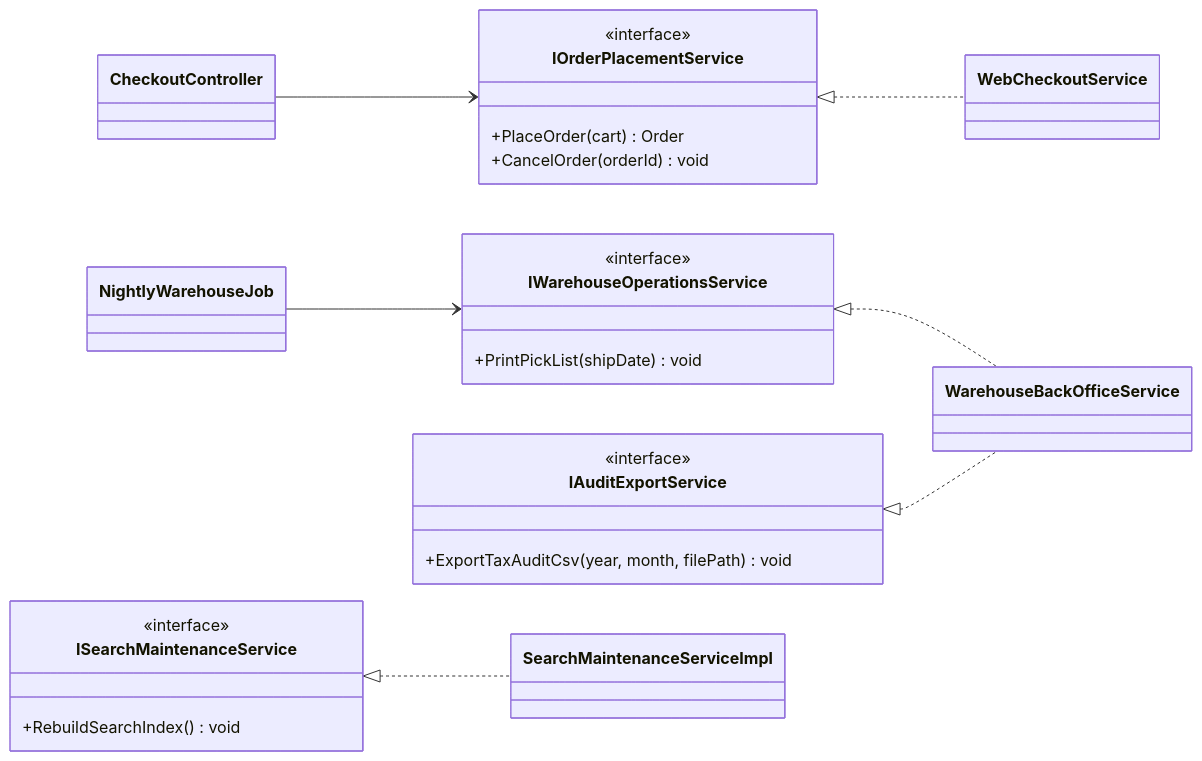
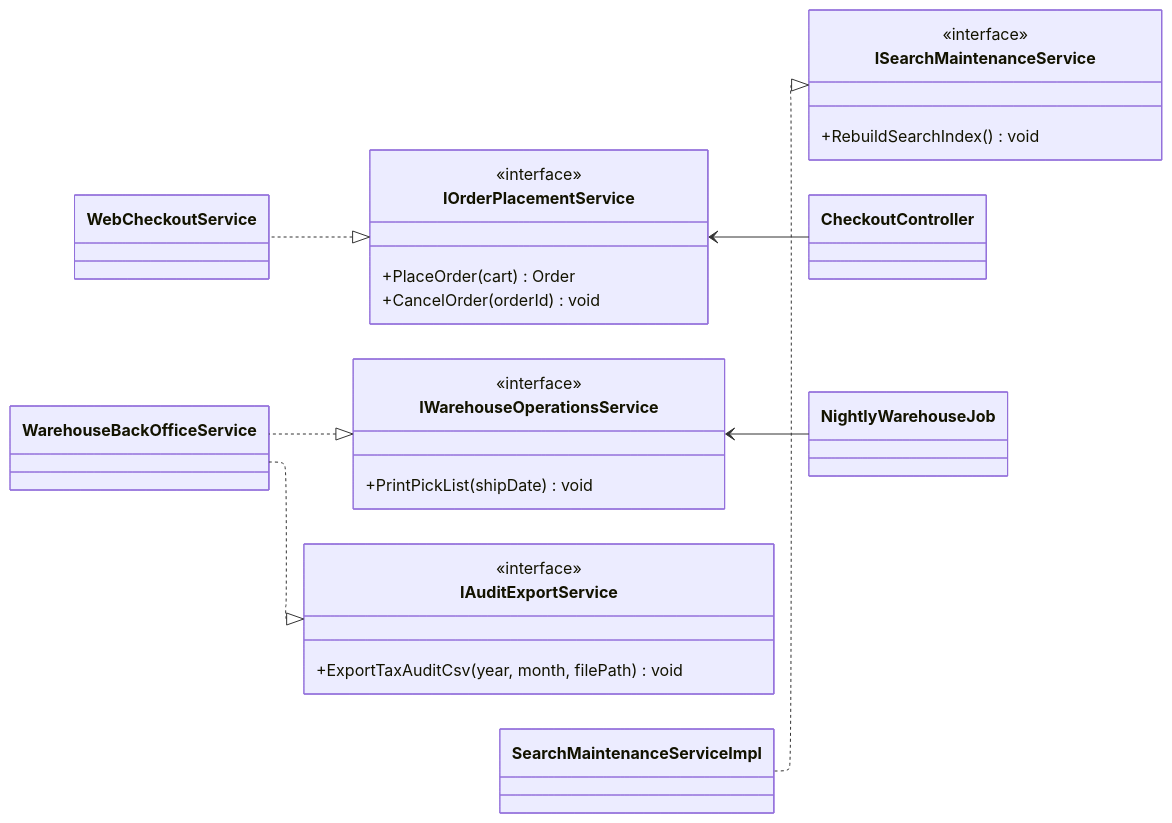
Before and after one commit to jeff-adkisson/swe-4743-spring-2026-oo-design: the fourth of 10 diagrams in presentations/07-interface-segregation-principle.md, drawn with Mermaid. The commit also changed other lines of this file, not shown here.

Commit message:
Updated mermaid flow direction

````diff
--- a/presentations/07-interface-segregation-principle.md
+++ b/presentations/07-interface-segregation-principle.md
@@ -428,36 +430,51 @@
 ```mermaid
+---
+config:
+  layout: elk
+---
 classDiagram
-direction LR
+direction RL
+    class IOrderPlacementService {
+	    +PlaceOrder(cart) Order
+	    +CancelOrder(orderId) void
+    }
 
-class IOrderPlacementService {
-  <<interface>>
-  +PlaceOrder(cart) Order
-  +CancelOrder(orderId) void
-}
-class IWarehouseOperationsService {
-  <<interface>>
-  +PrintPickList(shipDate) void
-}
-class IAuditExportService {
-  <<interface>>
-  +ExportTaxAuditCsv(year, month, filePath) void
-}
-class ISearchMaintenanceService {
-  <<interface>>
-  +RebuildSearchIndex() void
-}
+    class IWarehouseOperationsService {
+	    +PrintPickList(shipDate) void
+    }
 
-class WebCheckoutService
-class WarehouseBackOfficeService
-class SearchMaintenanceServiceImpl
-class CheckoutController
-class NightlyWarehouseJob
+    class IAuditExportService {
+	    +ExportTaxAuditCsv(year, month, filePath) void
+    }
 
-IOrderPlacementService <|.. WebCheckoutService
-IWarehouseOperationsService <|.. WarehouseBackOfficeService
-IAuditExportService <|.. WarehouseBackOfficeService
-ISearchMaintenanceService <|.. SearchMaintenanceServiceImpl
+    class ISearchMaintenanceService {
+	    +RebuildSearchIndex() void
+    }
 
-CheckoutController --> IOrderPlacementService
-NightlyWarehouseJob --> IWarehouseOperationsService
+    class WebCheckoutService {
+    }
+
+    class WarehouseBackOfficeService {
+    }
+
+    class SearchMaintenanceServiceImpl {
+    }
+
+    class CheckoutController {
+    }
+
+    class NightlyWarehouseJob {
+    }
+
+	<<interface>> IOrderPlacementService
+	<<interface>> IWarehouseOperationsService
+	<<interface>> IAuditExportService
+	<<interface>> ISearchMaintenanceService
+
+    IOrderPlacementService <|.. WebCheckoutService
+    IWarehouseOperationsService <|.. WarehouseBackOfficeService
+    IAuditExportService <|.. WarehouseBackOfficeService
+    ISearchMaintenanceService <|.. SearchMaintenanceServiceImpl
+    CheckoutController --> IOrderPlacementService
+    NightlyWarehouseJob --> IWarehouseOperationsService
 ```
````
